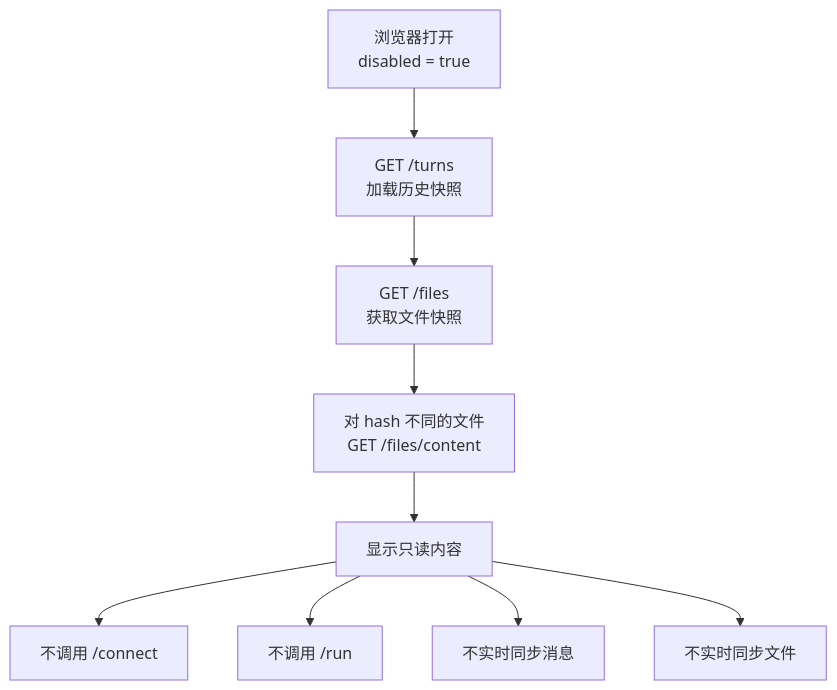
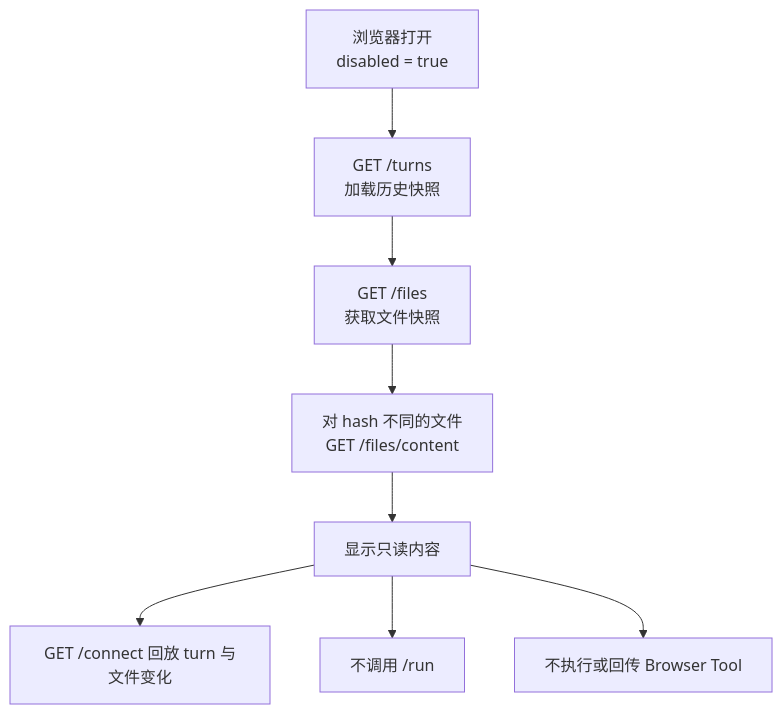
Before and after one commit to mybricks/plugin-ai: the sixth of 10 diagrams in packages/plugin/src/ui/chat/chat-panel/http-agent-design.md, drawn with Mermaid. The commit also changed other lines of this file and 8 other files, not shown here.

````diff
--- a/packages/plugin/src/ui/chat/chat-panel/http-agent-design.md
+++ b/packages/plugin/src/ui/chat/chat-panel/http-agent-design.md
@@ -158,12 +158,11 @@
 ```mermaid
 flowchart TD
     A["浏览器打开<br/>disabled = true"] --> B["GET /turns<br/>加载历史快照"]
     B --> C["GET /files<br/>获取文件快照"]
     C --> D["对 hash 不同的文件<br/>GET /files/content"]
     D --> E["显示只读内容"]
 
-    E --> F["不调用 /connect"]
+    E --> F["GET /connect 回放 turn 与文件变化"]
     E --> G["不调用 /run"]
-    E --> H["不实时同步消息"]
-    E --> I["不实时同步文件"]
+    E --> H["不执行或回传 Browser Tool"]
 ```
````
